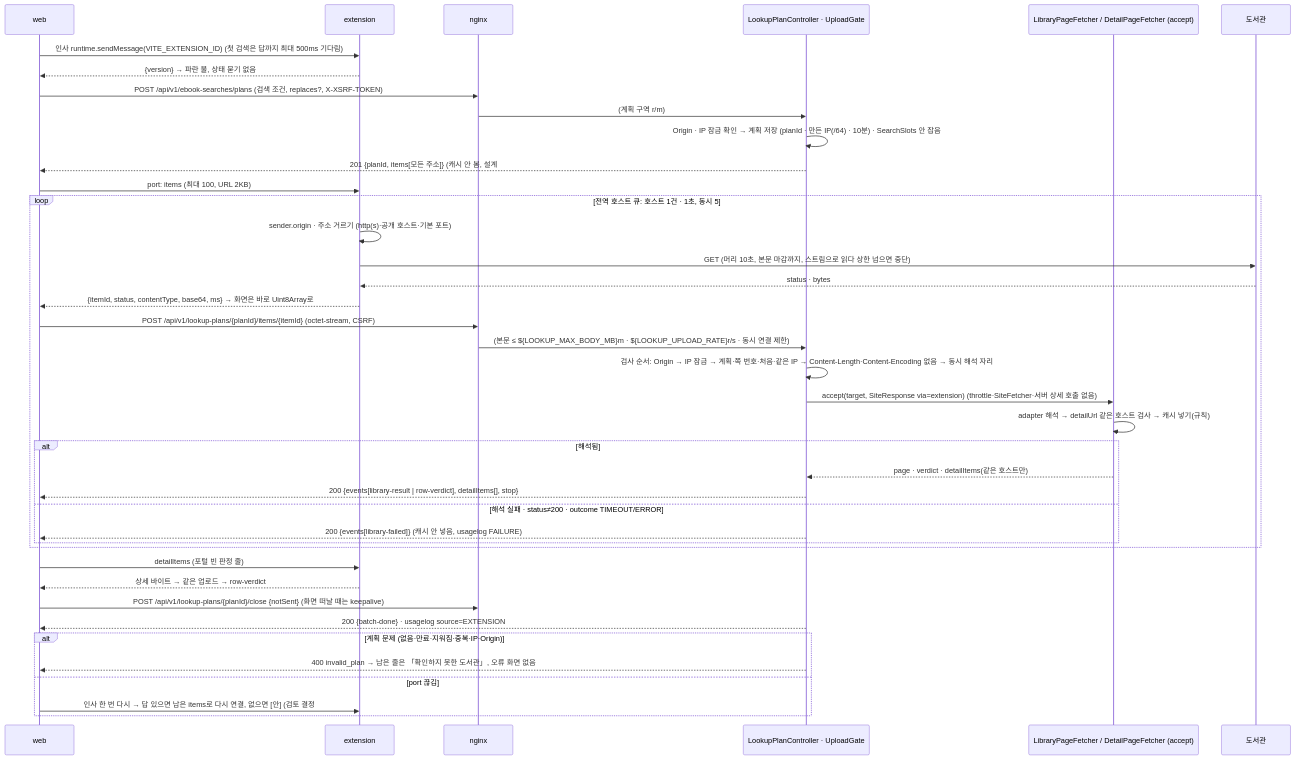
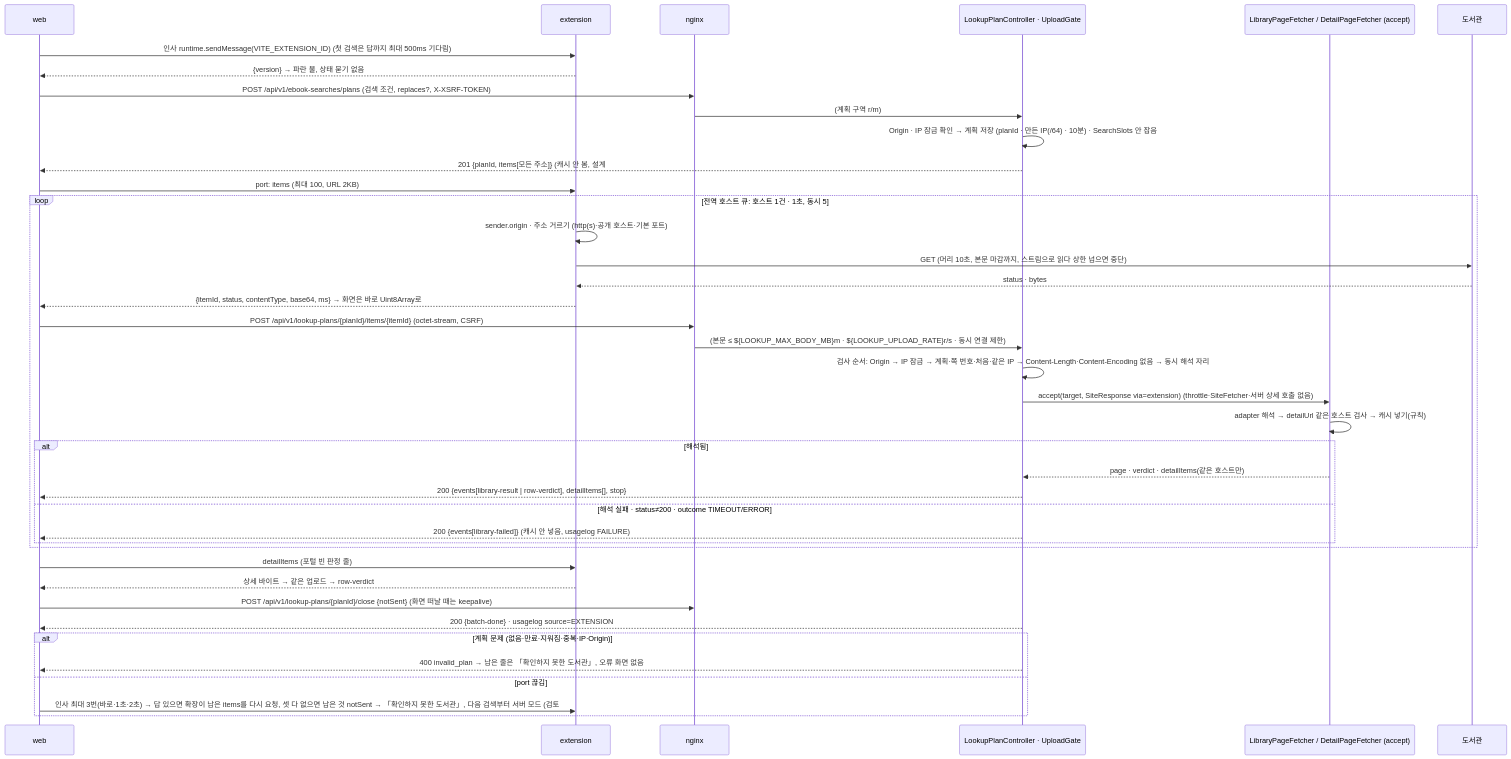
The third of 6 diagrams in docs/cycles/20-lookup-status-and-extension/design-delta.md (hodu-sketch/chaekcheck-plan), drawn with Mermaid before and after one commit. The commit also changed other lines of this file and 3 other files, not shown here.

````diff
--- a/docs/cycles/20-lookup-status-and-extension/design-delta.md
+++ b/docs/cycles/20-lookup-status-and-extension/design-delta.md
@@ -64,42 +64,42 @@
 ```mermaid
 sequenceDiagram
   participant W as web
   participant X as extension
   participant N as nginx
   participant P as LookupPlanController · UploadGate
   participant F as LibraryPageFetcher / DetailPageFetcher (accept)
   participant L as 도서관
   W->>X: 인사 runtime.sendMessage(VITE_EXTENSION_ID) (첫 검색은 답까지 최대 500ms 기다림)
   X-->>W: {version} → 파란 불, 상태 묻기 없음
   W->>N: POST /api/v1/ebook-searches/plans (검색 조건, replaces?, X-XSRF-TOKEN)
   N->>P: (계획 구역 r/m)
   P->>P: Origin · IP 잠금 확인 → 계획 저장 (planId · 만든 IP(/64) · 10분) · SearchSlots 안 잡음
   P-->>W: 201 {planId, items[모든 주소]} (캐시 안 봄, 설계 #9)
   W->>X: port: items (최대 100, URL 2KB)
   loop 전역 호스트 큐: 호스트 1건 · 1초, 동시 5
     X->>X: sender.origin · 주소 거르기 (http(s)·공개 호스트·기본 포트)
     X->>L: GET (머리 10초, 본문 마감까지, 스트림으로 읽다 상한 넘으면 중단)
     L-->>X: status · bytes
     X-->>W: {itemId, status, contentType, base64, ms} → 화면은 바로 Uint8Array로
     W->>N: POST /api/v1/lookup-plans/{planId}/items/{itemId} (octet-stream, CSRF)
     N->>P: (본문 ≤ ${LOOKUP_MAX_BODY_MB}m · ${LOOKUP_UPLOAD_RATE}r/s · 동시 연결 제한)
     P->>P: 검사 순서: Origin → IP 잠금 → 계획·쪽 번호·처음·같은 IP → Content-Length·Content-Encoding 없음 → 동시 해석 자리
     P->>F: accept(target, SiteResponse via=extension) (throttle·SiteFetcher·서버 상세 호출 없음)
     F->>F: adapter 해석 → detailUrl 같은 호스트 검사 → 캐시 넣기(규칙)
     alt 해석됨
       F-->>P: page · verdict · detailItems(같은 호스트만)
       P-->>W: 200 {events[library-result | row-verdict], detailItems[], stop}
     else 해석 실패 · status≠200 · outcome TIMEOUT/ERROR
       P-->>W: 200 {events[library-failed]} (캐시 안 넣음, usagelog FAILURE)
     end
   end
   W->>X: detailItems (포털 빈 판정 줄)
   X-->>W: 상세 바이트 → 같은 업로드 → row-verdict
   W->>N: POST /api/v1/lookup-plans/{planId}/close {notSent} (화면 떠날 때는 keepalive)
   P-->>W: 200 {batch-done} · usagelog source=EXTENSION
   alt 계획 문제 (없음·만료·지워짐·중복·IP·Origin)
     P-->>W: 400 invalid_plan → 남은 줄은 「확인하지 못한 도서관」, 오류 화면 없음
   else port 끊김
-    W->>X: 인사 한 번 다시 → 답 있으면 남은 items로 다시 연결, 없으면 [안] (검토 결정 #4)
+    W->>X: 인사 최대 3번(바로·1초·2초) → 답 있으면 확장이 남은 items를 다시 요청, 셋 다 없으면 남은 것 notSent → 「확인하지 못한 도서관」, 다음 검색부터 서버 모드 (검토 #4 확정)
   end
 ```
````
